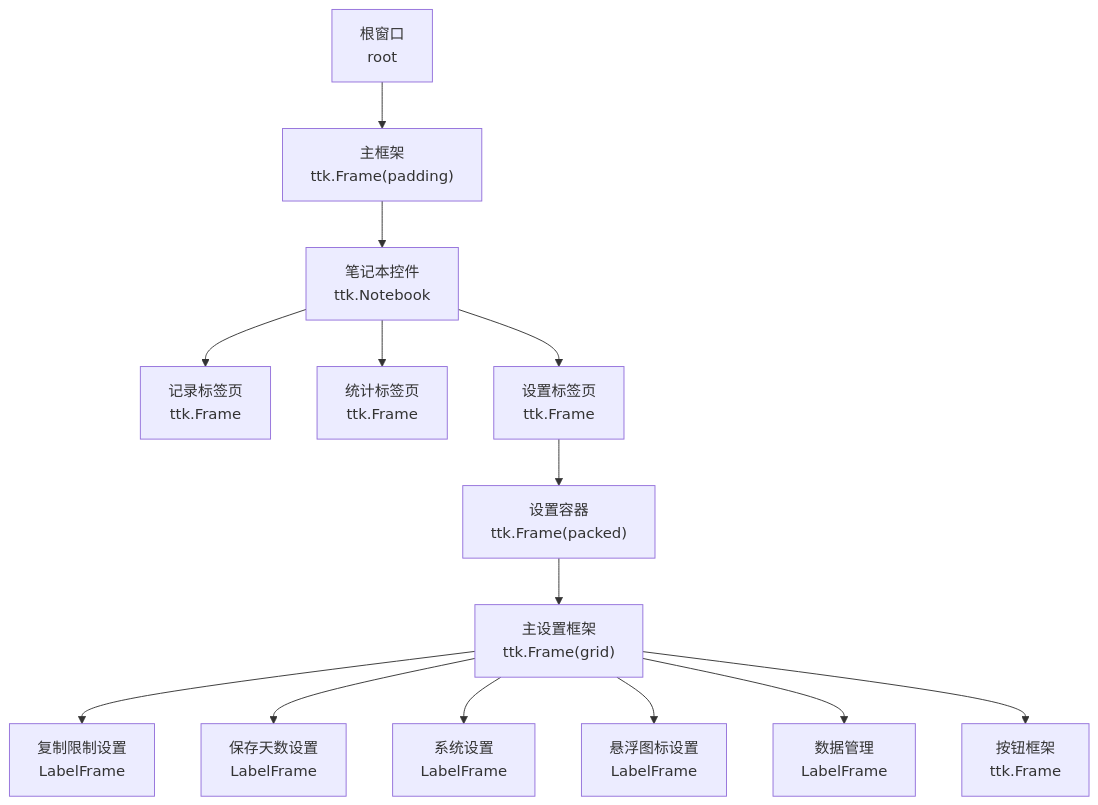
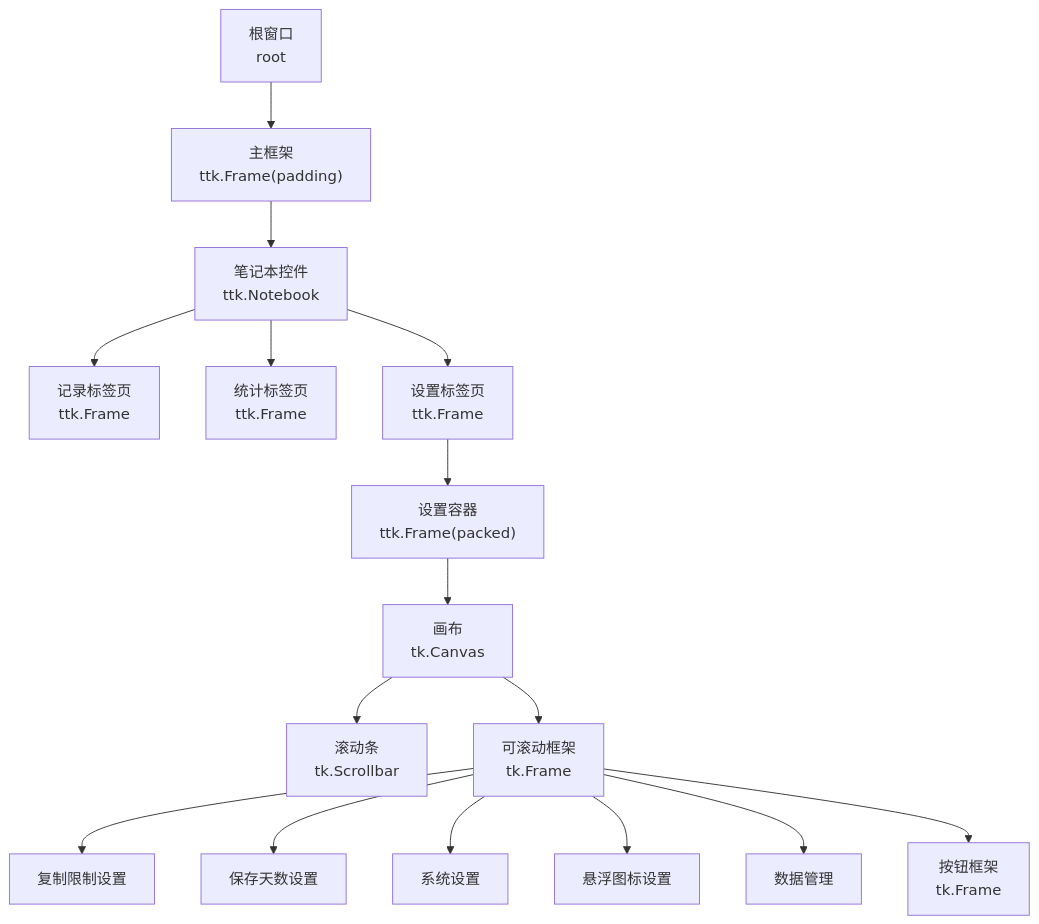
The first of 8 diagrams in .qoder/repowiki/zh/content/API参考/ClipboardGUI类/设置标签页界面/设置标签页界面.md (wzuu/CopyHistory), drawn with Mermaid before and after one commit. The commit also changed other lines of this file and 7 other files, not shown here.

````diff
--- a/.qoder/repowiki/zh/content/API参考/ClipboardGUI类/设置标签页界面/设置标签页界面.md
+++ b/.qoder/repowiki/zh/content/API参考/ClipboardGUI类/设置标签页界面/设置标签页界面.md
@@ -32,16 +42,18 @@
 ```mermaid
 graph TB
 Root["根窗口<br/>root"] --> MainFrame["主框架<br/>ttk.Frame(padding)"]
 MainFrame --> Notebook["笔记本控件<br/>ttk.Notebook"]
 Notebook --> RecordsTab["记录标签页<br/>ttk.Frame"]
 Notebook --> StatsTab["统计标签页<br/>ttk.Frame"]
 Notebook --> SettingsTab["设置标签页<br/>ttk.Frame"]
 SettingsTab --> SettingsContainer["设置容器<br/>ttk.Frame(packed)"]
-SettingsContainer --> SettingsMain["主设置框架<br/>ttk.Frame(grid)"]
-SettingsMain --> CopyLimit["复制限制设置<br/>LabelFrame"]
-SettingsMain --> Retention["保存天数设置<br/>LabelFrame"]
-SettingsMain --> System["系统设置<br/>LabelFrame"]
-SettingsMain --> FloatIcon["悬浮图标设置<br/>LabelFrame"]
-SettingsMain --> DataManager["数据管理<br/>LabelFrame"]
-SettingsMain --> Buttons["按钮框架<br/>ttk.Frame"]
+SettingsContainer --> Canvas["画布<br/>tk.Canvas"]
+Canvas --> Scrollbar["滚动条<br/>tk.Scrollbar"]
+Canvas --> ScrollableFrame["可滚动框架<br/>tk.Frame"]
+ScrollableFrame --> CopyLimit["复制限制设置"]
+ScrollableFrame --> Retention["保存天数设置"]
+ScrollableFrame --> System["系统设置"]
+ScrollableFrame --> FloatIcon["悬浮图标设置"]
+ScrollableFrame --> DataManager["数据管理"]
+ScrollableFrame --> Buttons["按钮框架<br/>tk.Frame"]
 ```
````
